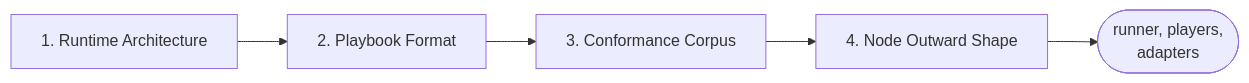
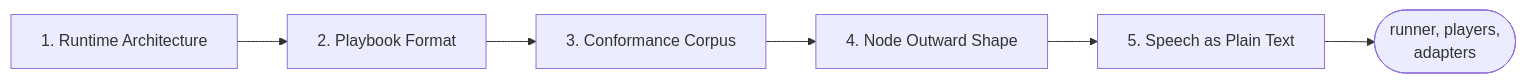
The second of 4 diagrams in docs/contributing/design-notes/README.md (pengzhengyi/dialoguedown), drawn with Mermaid before and after one commit. The commit also changed other lines of this file and 17 other files, not shown here.

First line of the commit message:
feat(playbook): read a run of speech as one line of plain text (#432)

````diff
--- a/docs/contributing/design-notes/README.md
+++ b/docs/contributing/design-notes/README.md
@@ -99,7 +99,8 @@
 ```mermaid
 flowchart LR
     RA["1. Runtime Architecture"] --> PF["2. Playbook Format"]
     PF --> CC["3. Conformance Corpus"]
     CC --> NOS["4. Node Outward Shape"]
-    NOS --> RUN(["runner, players,<br/>adapters"])
+    NOS --> SPT["5. Speech as Plain Text"]
+    SPT --> RUN(["runner, players,<br/>adapters"])
 ```
````
